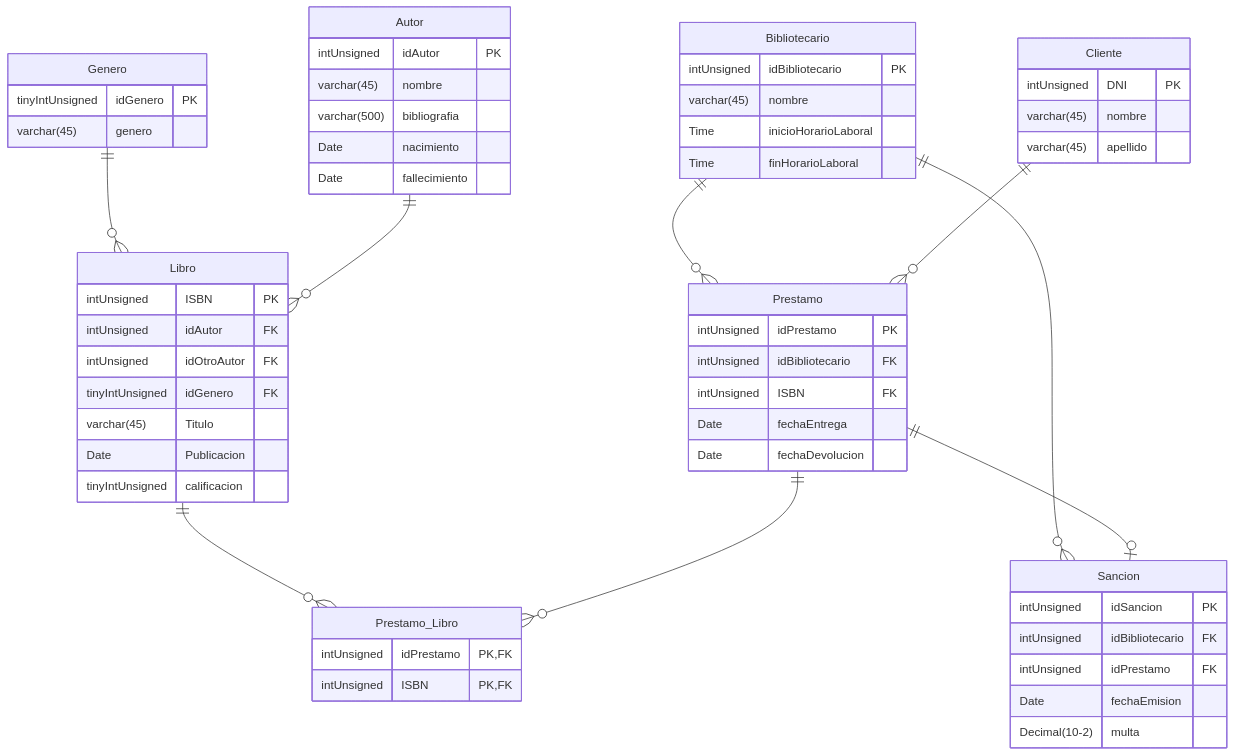
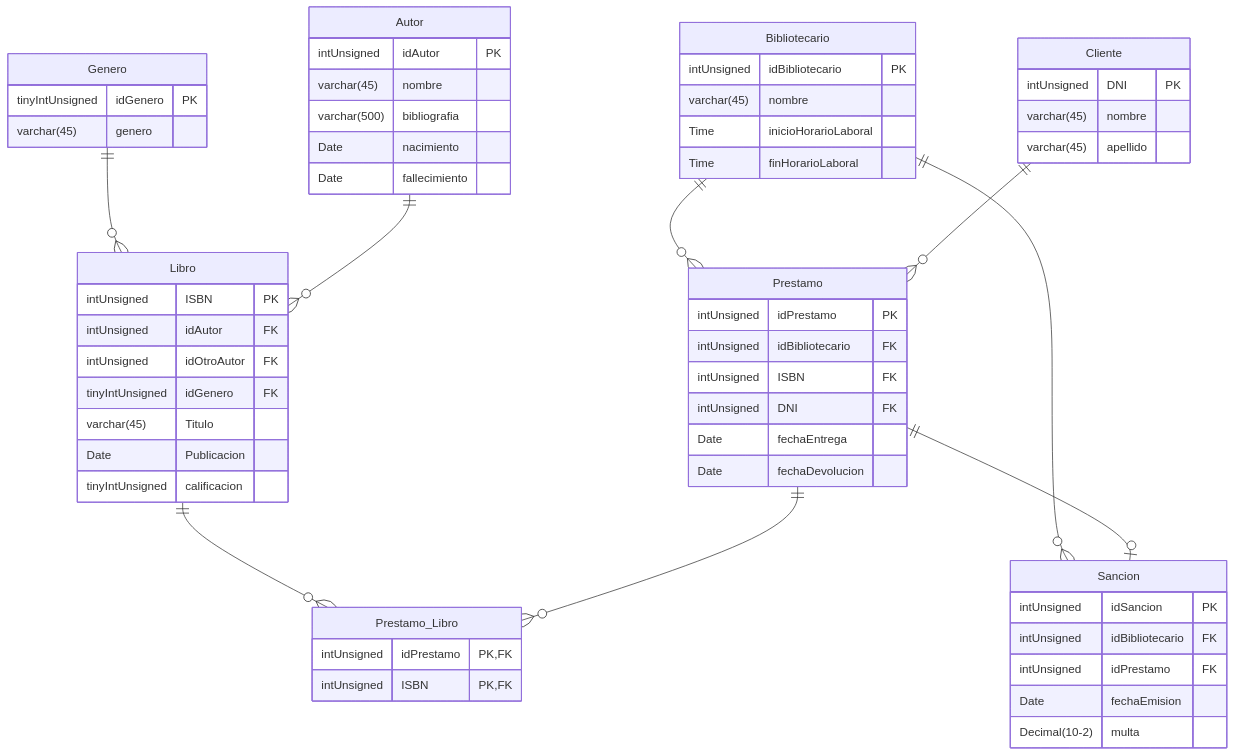
The diagram in README.md (PasandiLuka/BD-Biblioteca), drawn with Mermaid before and after one commit. The commit also changed other lines of this file, not shown here.

````diff
--- a/README.md
+++ b/README.md
@@ -16,72 +16,73 @@
 ```mermaid
 erDiagram
 Genero{
     tinyIntUnsigned idGenero PK
     varchar(45) genero
 }
 
 
 Bibliotecario{
     intUnsigned idBibliotecario PK
     varchar(45) nombre
     Time inicioHorarioLaboral
     Time finHorarioLaboral
 }
 
 
 Autor{
     intUnsigned idAutor PK
     varchar(45) nombre
     varchar(500) bibliografia
     Date nacimiento
     Date fallecimiento
 }
 
 Cliente{
     intUnsigned DNI PK
     varchar(45) nombre
     varchar(45) apellido
 }
 
 Libro{
     intUnsigned ISBN PK
     intUnsigned idAutor FK
     intUnsigned idOtroAutor FK
     tinyIntUnsigned idGenero FK
     varchar(45) Titulo
     Date Publicacion
     tinyIntUnsigned calificacion
 }
 
 
 Sancion{
     intUnsigned idSancion PK
     intUnsigned idBibliotecario FK
     intUnsigned idPrestamo FK
     Date fechaEmision
     Decimal(10-2) multa    
 }
 
 Prestamo{
     intUnsigned idPrestamo PK
     intUnsigned idBibliotecario FK
     intUnsigned ISBN FK
+    intUnsigned DNI FK
     Date fechaEntrega
     Date fechaDevolucion
 }
 
 Prestamo_Libro{
     intUnsigned idPrestamo PK, FK
     intUnsigned ISBN PK, FK
 }
 
 Genero||--o{Libro:""
 Bibliotecario||--o{Sancion:""
 Bibliotecario||--o{Prestamo:""
 Cliente||--o{Prestamo:""
 Prestamo||--o|Sancion:""
 Libro||--o{Prestamo_Libro:""
 Prestamo||--o{Prestamo_Libro:""
 Autor||--o{Libro:""
 
 ```
````
